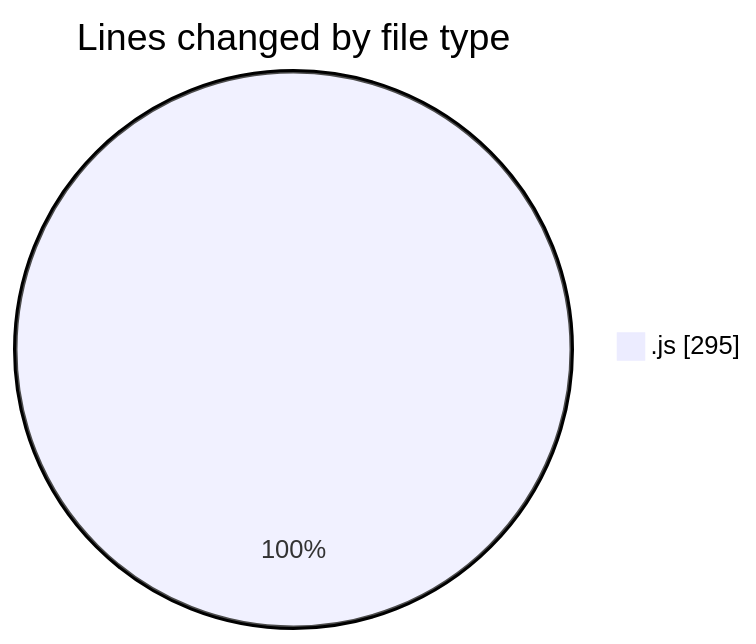
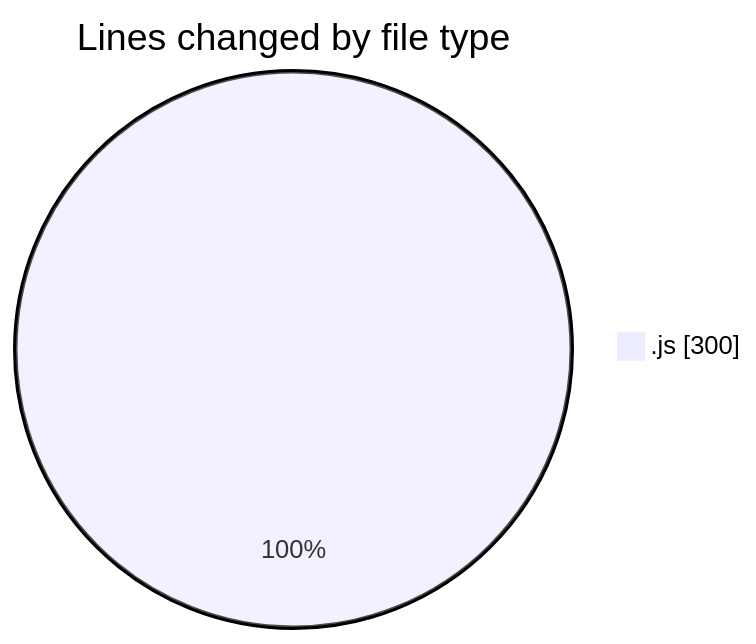
The first of 2 diagrams in 2025-04-16/nxtqube_webapp/README.md (nxtqubesakshisongat/code-tracking), drawn with Mermaid before and after one commit. The commit also changed other lines of this file and 1 other file, not shown here.

````diff
--- a/2025-04-16/nxtqube_webapp/README.md
+++ b/2025-04-16/nxtqube_webapp/README.md
@@ -20,5 +20,5 @@
 ```mermaid
 pie showData
 title Lines changed by file type
-".js" : 295
+".js" : 300
 ```
````
